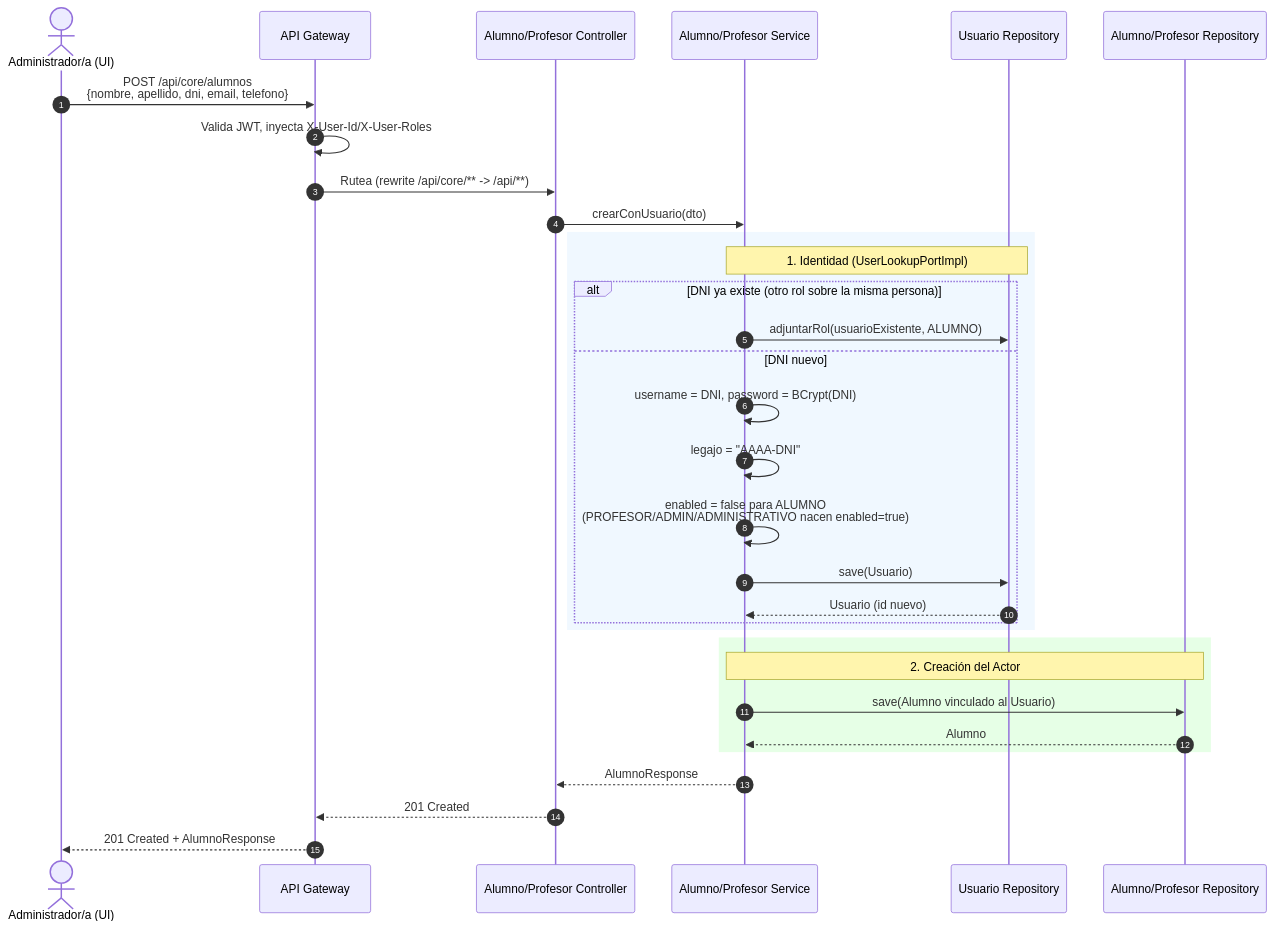
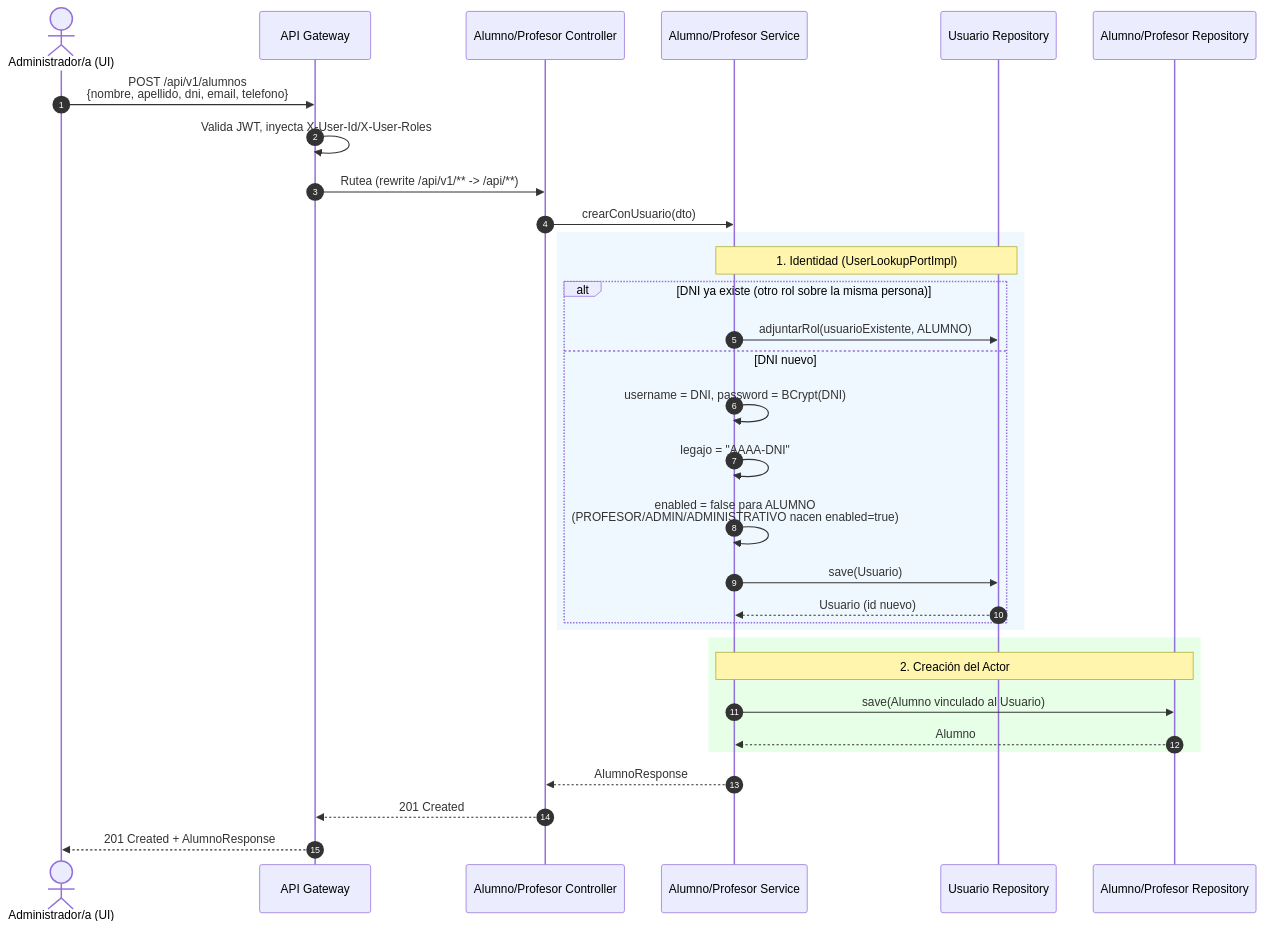
One commit to JuancaSterba/web-2026-itec changed the diagram in docs/03.00-Diagrama_Secuencia.md. Above: the diagram before and after it, drawn with Mermaid. The commit also changed 38 other files, not shown here.

First line of the commit message:
feat(gateway): exponer el contrato publico bajo /api/v1/** (#40)

````diff
--- a/docs/03.00-Diagrama_Secuencia.md
+++ b/docs/03.00-Diagrama_Secuencia.md
@@ -7,38 +7,38 @@
 ```mermaid
 sequenceDiagram
     autonumber
     actor Admin as Administrador/a (UI)
     participant Gateway as API Gateway
     participant Controller as Alumno/Profesor Controller
     participant Service as Alumno/Profesor Service
     participant UserRepo as Usuario Repository
     participant ActorRepo as Alumno/Profesor Repository
 
-    Admin->>Gateway: POST /api/core/alumnos<br/>{nombre, apellido, dni, email, telefono}
+    Admin->>Gateway: POST /api/v1/alumnos<br/>{nombre, apellido, dni, email, telefono}
     Gateway->>Gateway: Valida JWT, inyecta X-User-Id/X-User-Roles
-    Gateway->>Controller: Rutea (rewrite /api/core/** -> /api/**)
+    Gateway->>Controller: Rutea (rewrite /api/v1/** -> /api/**)
     Controller->>Service: crearConUsuario(dto)
 
     rect rgb(240, 248, 255)
     Note over Service,UserRepo: 1. Identidad (UserLookupPortImpl)
     alt DNI ya existe (otro rol sobre la misma persona)
         Service->>UserRepo: adjuntarRol(usuarioExistente, ALUMNO)
     else DNI nuevo
         Service->>Service: username = DNI, password = BCrypt(DNI)
         Service->>Service: legajo = "AAAA-DNI"
         Service->>Service: enabled = false para ALUMNO<br/>(PROFESOR/ADMIN/ADMINISTRATIVO nacen enabled=true)
         Service->>UserRepo: save(Usuario)
         UserRepo-->>Service: Usuario (id nuevo)
     end
     end
 
     rect rgb(230, 255, 230)
     Note over Service,ActorRepo: 2. Creación del Actor
     Service->>ActorRepo: save(Alumno vinculado al Usuario)
     ActorRepo-->>Service: Alumno
     end
 
     Service-->>Controller: AlumnoResponse
     Controller-->>Gateway: 201 Created
     Gateway-->>Admin: 201 Created + AlumnoResponse
 ```
````
